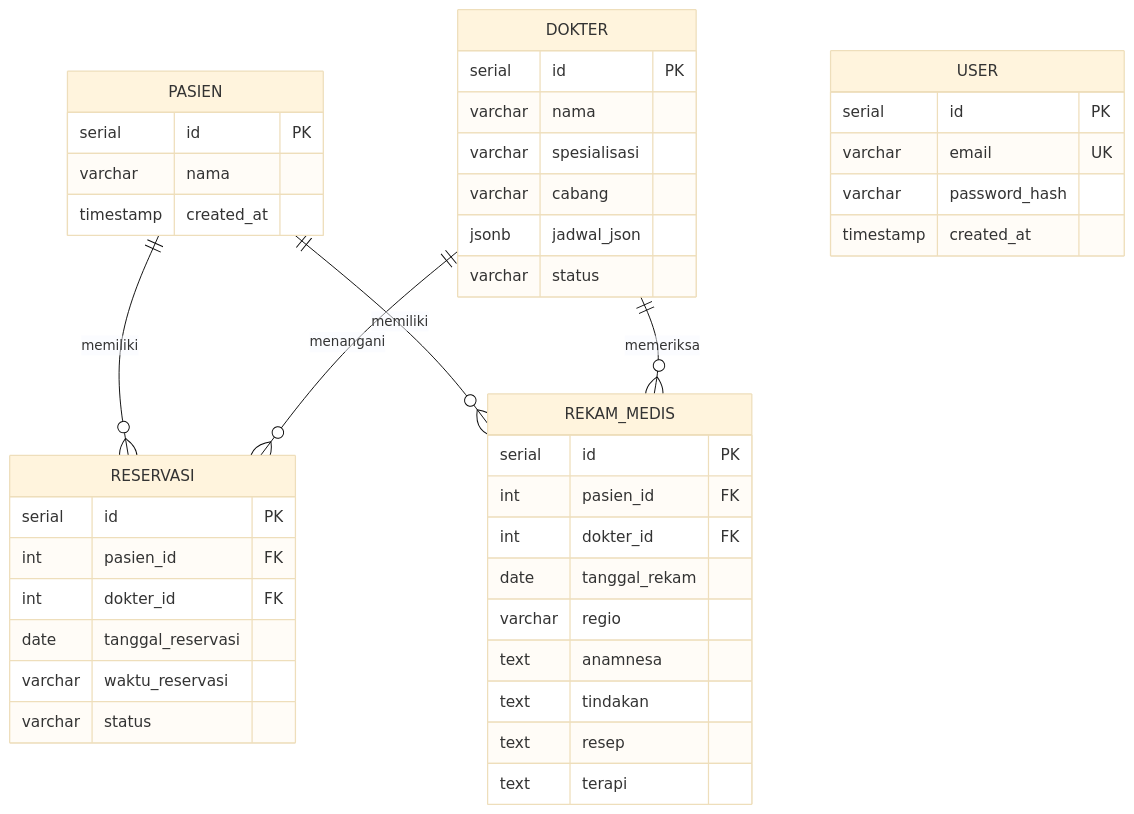
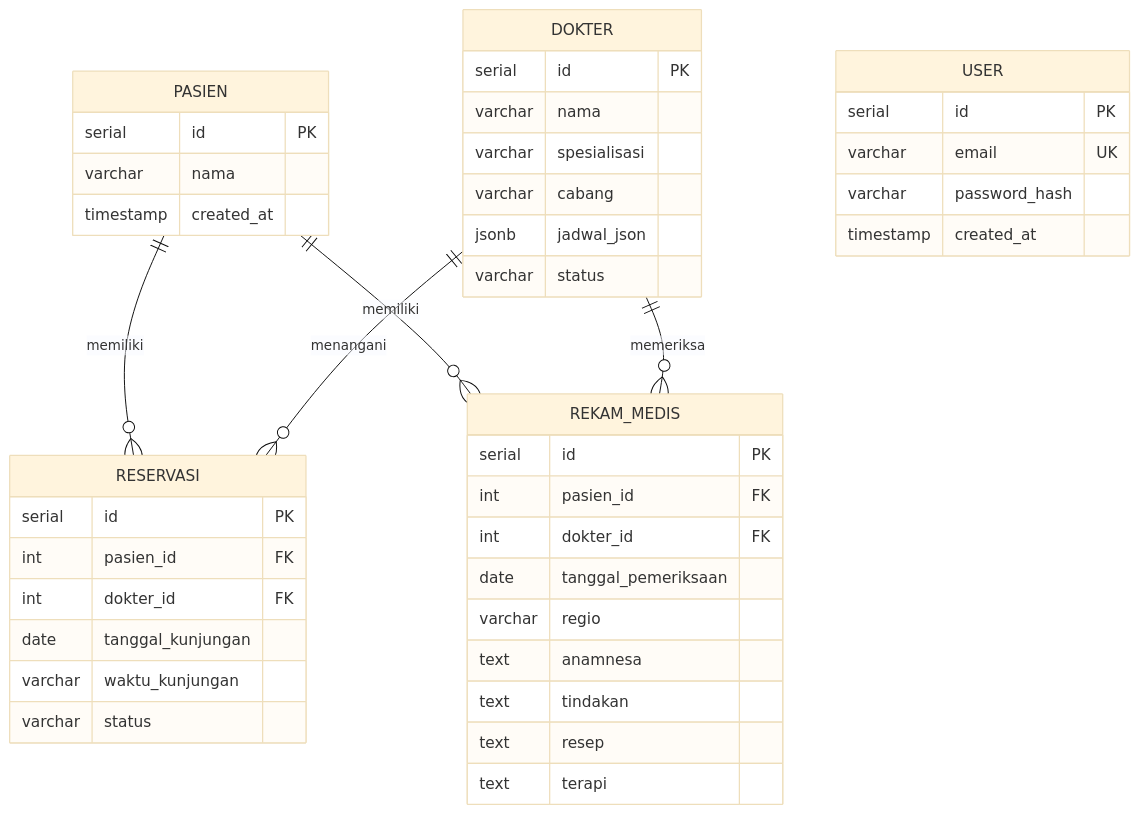
The diagram in panduan/database.md (Muhramadoni/DentalCare-Dashboard), drawn with Mermaid (base theme) before and after one commit. The commit also changed other lines of this file and 12 other files, not shown here.

````diff
--- a/panduan/database.md
+++ b/panduan/database.md
@@ -21,50 +21,50 @@
 ```mermaid
 erDiagram
     PASIEN ||--o{ RESERVASI : memiliki
     DOKTER ||--o{ RESERVASI : menangani
     PASIEN ||--o{ REKAM_MEDIS : memiliki
     DOKTER ||--o{ REKAM_MEDIS : memeriksa
 
     USER {
         serial id PK
         varchar email UK
         varchar password_hash
         timestamp created_at
     }
 
     DOKTER {
         serial id PK
         varchar nama
         varchar spesialisasi
         varchar cabang
         jsonb jadwal_json
         varchar status
     }
 
     PASIEN {
         serial id PK
         varchar nama
         timestamp created_at
     }
 
     RESERVASI {
         serial id PK
         int pasien_id FK
         int dokter_id FK
-        date tanggal_reservasi
-        varchar waktu_reservasi
+        date tanggal_kunjungan
+        varchar waktu_kunjungan
         varchar status
     }
 
     REKAM_MEDIS {
         serial id PK
         int pasien_id FK
         int dokter_id FK
-        date tanggal_rekam
+        date tanggal_pemeriksaan
         varchar regio
         text anamnesa
         text tindakan
         text resep
         text terapi
     }
 ```
````
